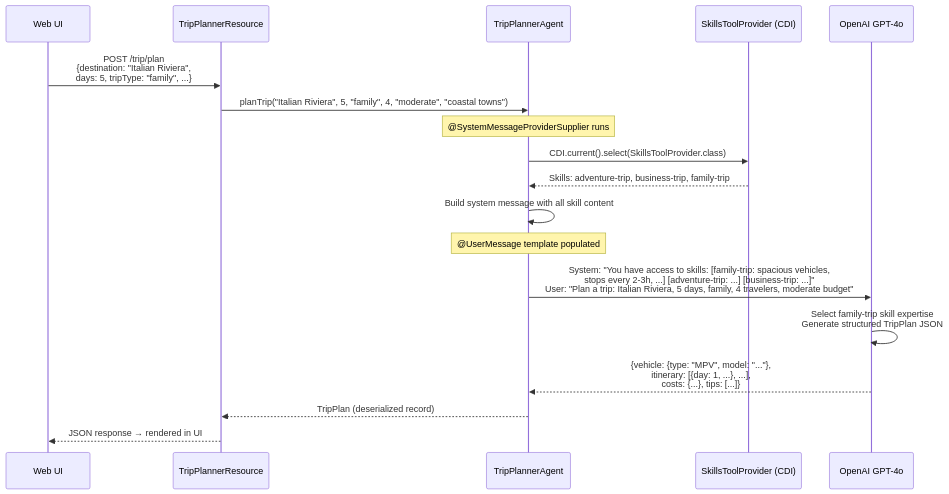
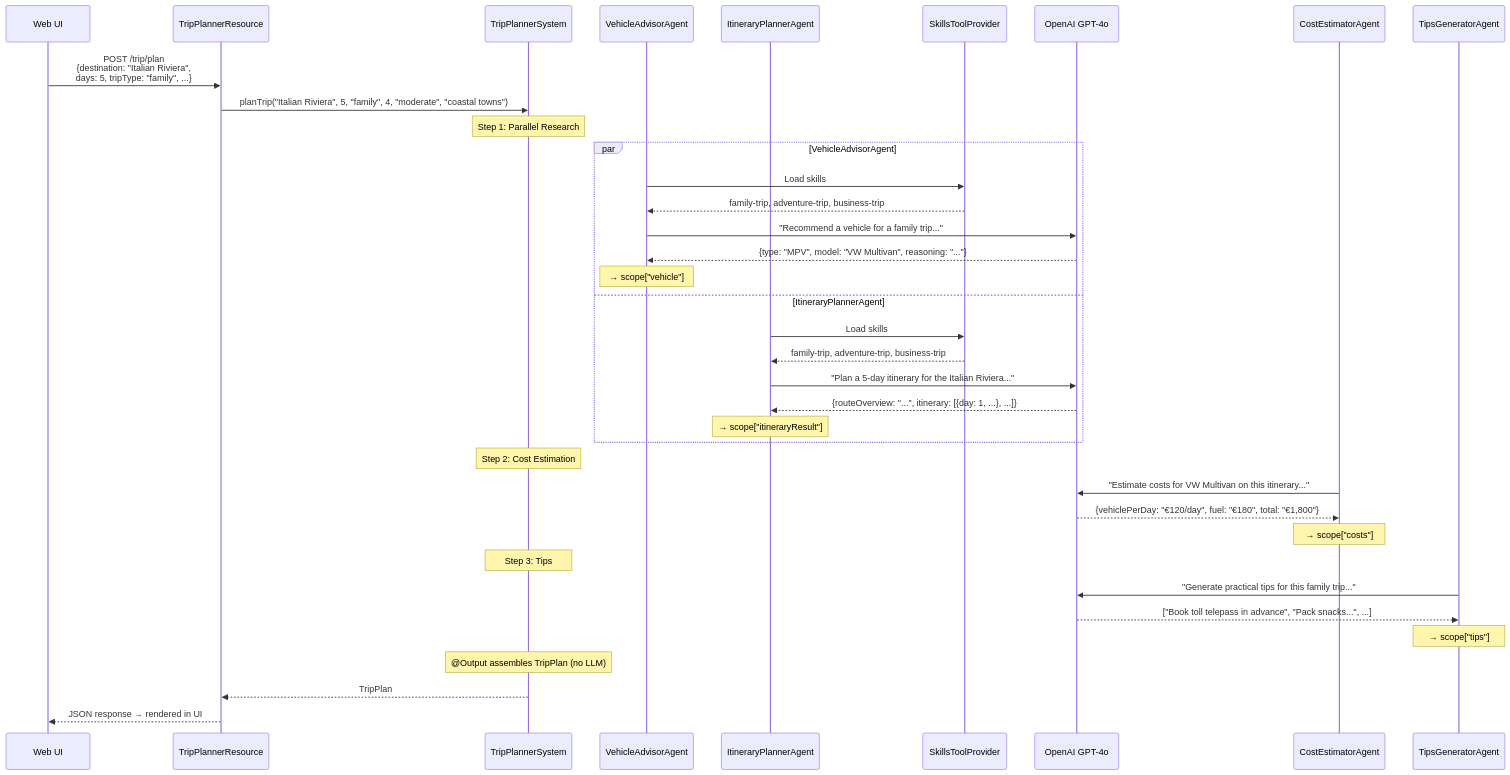
One commit to quarkusio/quarkus-workshop-langchain4j changed the second of 2 diagrams in docs/docs/section-3/step-01.md. Above: the diagram before and after it, drawn with Mermaid. The commit also changed other lines of this file and 25 other files, not shown here.

Commit message:
Turn the single agent in step 01 of section 3 into a complete agentic system (#372)

````diff
--- a/docs/docs/section-3/step-01.md
+++ b/docs/docs/section-3/step-01.md
@@ -339,24 +408,44 @@
 ```mermaid
 sequenceDiagram
     participant User as Web UI
     participant REST as TripPlannerResource
-    participant Agent as TripPlannerAgent
-    participant CDI as SkillsToolProvider (CDI)
+    participant Seq as TripPlannerSystem
+    participant VA as VehicleAdvisorAgent
+    participant IP as ItineraryPlannerAgent
+    participant Skills as SkillsToolProvider
     participant LLM as OpenAI GPT-4o
+    participant CE as CostEstimatorAgent
+    participant TG as TipsGeneratorAgent
 
     User->>REST: POST /trip/plan<br/>{destination: "Italian Riviera",<br/>days: 5, tripType: "family", ...}
-    REST->>Agent: planTrip("Italian Riviera", 5, "family", 4, "moderate", "coastal towns")
+    REST->>Seq: planTrip("Italian Riviera", 5, "family", 4, "moderate", "coastal towns")
 
-    Note over Agent: @SystemMessageProviderSupplier runs
-    Agent->>CDI: CDI.current().select(SkillsToolProvider.class)
-    CDI-->>Agent: Skills: adventure-trip, business-trip, family-trip
-    Agent->>Agent: Build system message with all skill content
+    Note over Seq: Step 1: Parallel Research
+    par VehicleAdvisorAgent
+        VA->>Skills: Load skills
+        Skills-->>VA: family-trip, adventure-trip, business-trip
+        VA->>LLM: "Recommend a vehicle for a family trip..."
+        LLM-->>VA: {type: "MPV", model: "VW Multivan", reasoning: "..."}
+        Note over VA: → scope["vehicle"]
+    and ItineraryPlannerAgent
+        IP->>Skills: Load skills
+        Skills-->>IP: family-trip, adventure-trip, business-trip
+        IP->>LLM: "Plan a 5-day itinerary for the Italian Riviera..."
+        LLM-->>IP: {routeOverview: "...", itinerary: [{day: 1, ...}, ...]}
+        Note over IP: → scope["itineraryResult"]
+    end
 
-    Note over Agent: @UserMessage template populated
-    Agent->>LLM: System: "You have access to skills: [family-trip: spacious vehicles,<br/>stops every 2-3h, ...] [adventure-trip: ...] [business-trip: ...]"<br/>User: "Plan a trip: Italian Riviera, 5 days, family, 4 travelers, moderate budget"
-    LLM->>LLM: Select family-trip skill expertise<br/>Generate structured TripPlan JSON
+    Note over Seq: Step 2: Cost Estimation
+    CE->>LLM: "Estimate costs for VW Multivan on this itinerary..."
+    LLM-->>CE: {vehiclePerDay: "€120/day", fuel: "€180", total: "€1,800"}
+    Note over CE: → scope["costs"]
 
-    LLM-->>Agent: {vehicle: {type: "MPV", model: "..."},<br/>itinerary: [{day: 1, ...}, ...],<br/>costs: {...}, tips: [...]}
-    Agent-->>REST: TripPlan (deserialized record)
+    Note over Seq: Step 3: Tips
+    TG->>LLM: "Generate practical tips for this family trip..."
+    LLM-->>TG: ["Book toll telepass in advance", "Pack snacks...", ...]
+    Note over TG: → scope["tips"]
+
+    Note over Seq: @Output assembles TripPlan (no LLM)
+    Seq-->>REST: TripPlan
     REST-->>User: JSON response → rendered in UI
 ```
````
